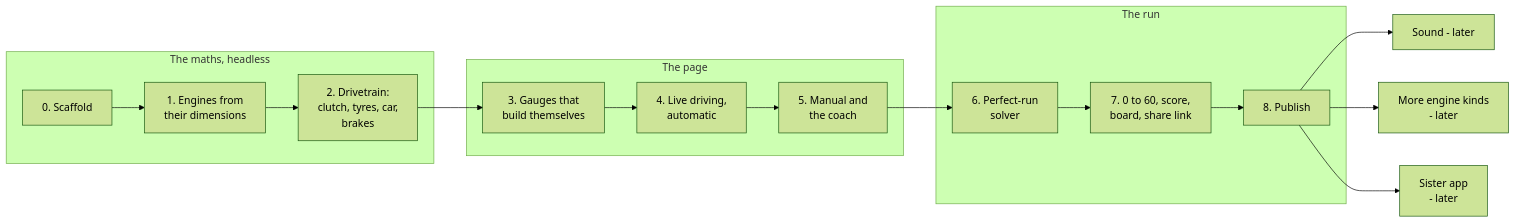
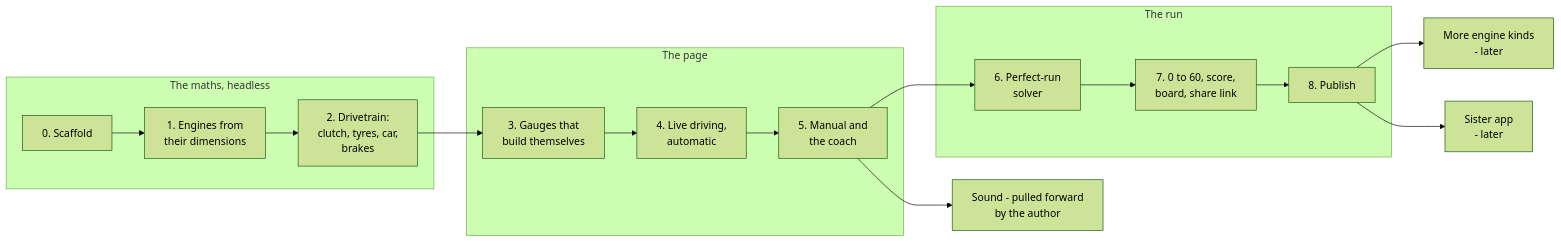
Before and after one commit to MoAbboud/PortFolio: the diagram in pedalsim/requirements/00-plan.md, drawn with Mermaid (forest theme). The commit also changed other lines of this file and 11 other files, not shown here.

````diff
--- a/pedalsim/requirements/00-plan.md
+++ b/pedalsim/requirements/00-plan.md
@@ -34,20 +34,20 @@
 ```mermaid
 flowchart LR
     subgraph A[The maths, headless]
         S0[0. Scaffold] --> S1[1. Engines from<br/>their dimensions]
         S1 --> S2[2. Drivetrain:<br/>clutch, tyres, car,<br/>brakes]
     end
     subgraph B[The page]
         S3[3. Gauges that<br/>build themselves] --> S4[4. Live driving,<br/>automatic]
         S4 --> S5[5. Manual and<br/>the coach]
     end
     subgraph C[The run]
         S6[6. Perfect-run<br/>solver] --> S7[7. 0 to 60, score,<br/>board, share link]
         S7 --> S8[8. Publish]
     end
     S2 --> S3
     S5 --> S6
-    S8 --> L1[Sound - later]
+    S5 --> SND[Sound - pulled forward<br/>by the author]
     S8 --> L2[More engine kinds<br/>- later]
     S8 --> L3[Sister app<br/>- later]
 ```
````
